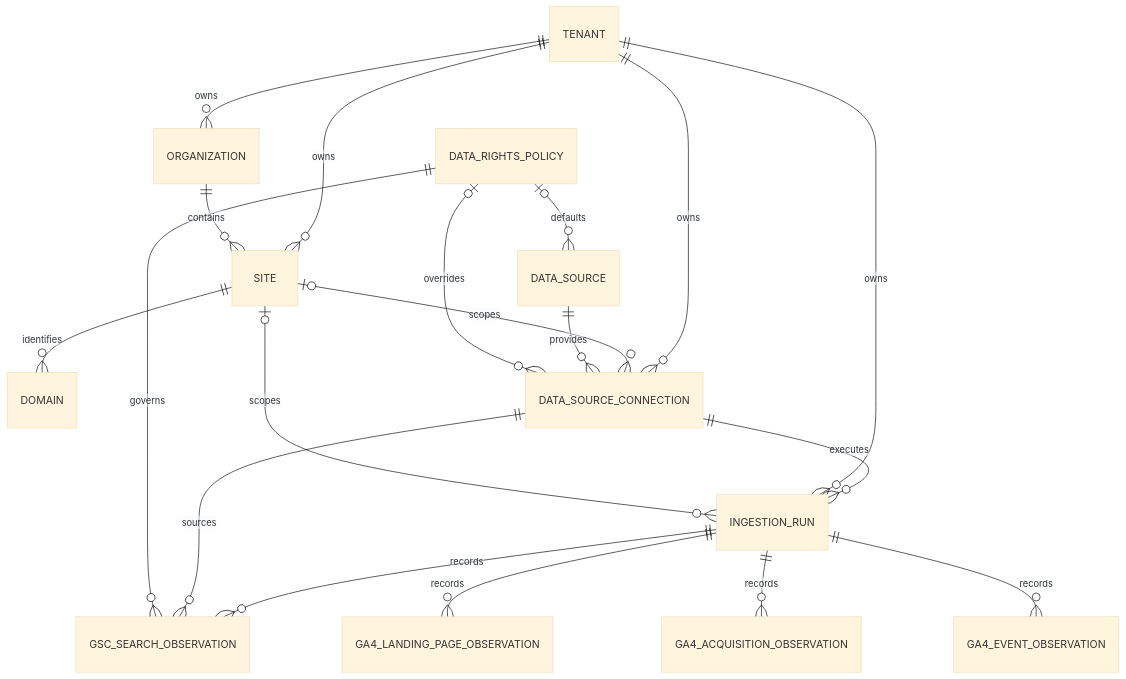
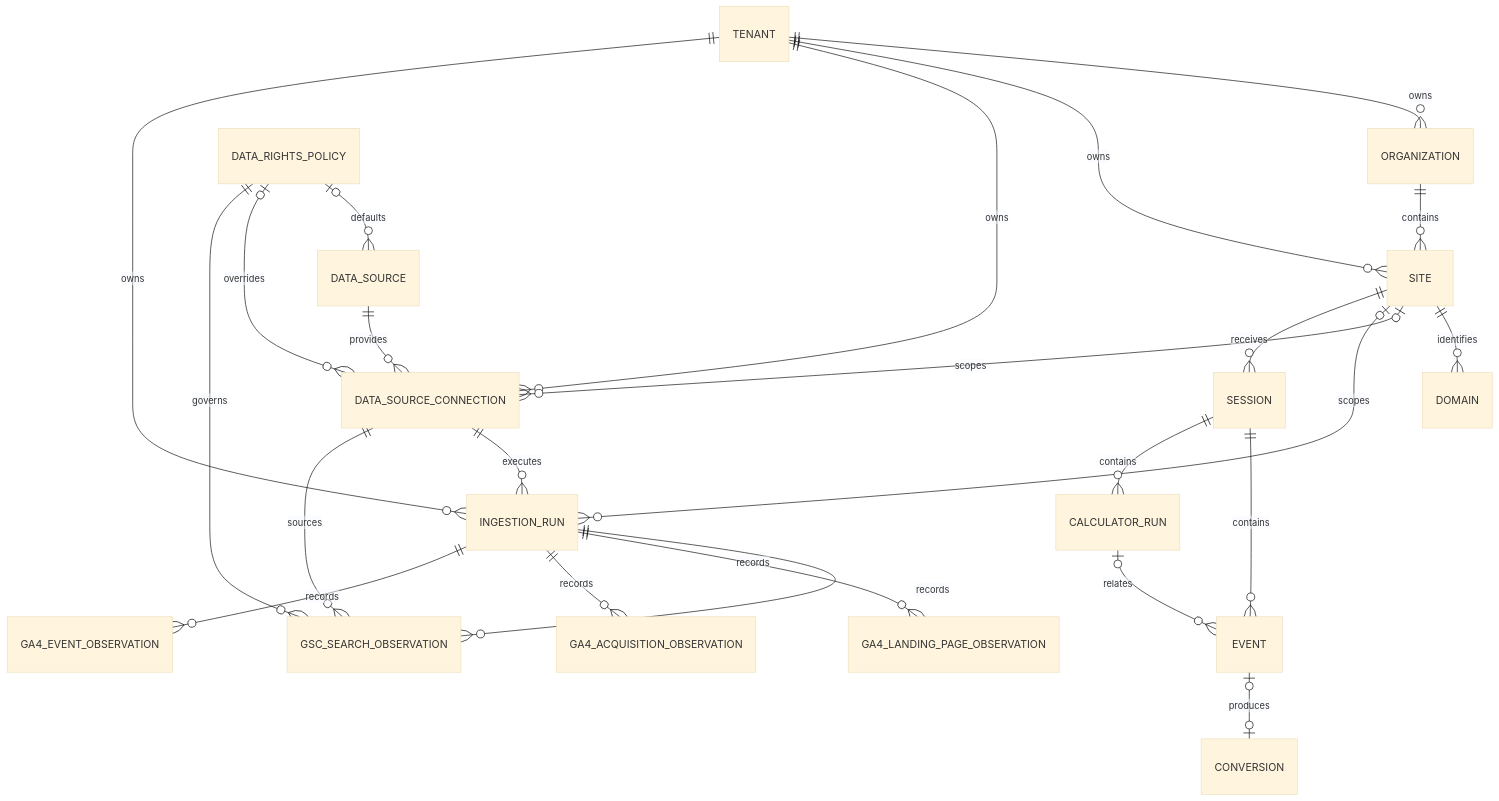
The diagram in docs/gis/data-model.md (plindsey0/GIS), drawn with Mermaid (base theme) before and after one commit. The commit also changed other lines of this file and 18 other files, not shown here.

````diff
--- a/docs/gis/data-model.md
+++ b/docs/gis/data-model.md
@@ -3,21 +3,26 @@
 ```mermaid
 erDiagram
     TENANT ||--o{ ORGANIZATION : owns
     TENANT ||--o{ SITE : owns
     ORGANIZATION ||--o{ SITE : contains
     SITE ||--o{ DOMAIN : identifies
     TENANT ||--o{ DATA_SOURCE_CONNECTION : owns
     SITE o|--o{ DATA_SOURCE_CONNECTION : scopes
     DATA_SOURCE ||--o{ DATA_SOURCE_CONNECTION : provides
     DATA_RIGHTS_POLICY o|--o{ DATA_SOURCE : defaults
     DATA_RIGHTS_POLICY o|--o{ DATA_SOURCE_CONNECTION : overrides
     DATA_SOURCE_CONNECTION ||--o{ INGESTION_RUN : executes
     TENANT ||--o{ INGESTION_RUN : owns
     SITE o|--o{ INGESTION_RUN : scopes
     INGESTION_RUN ||--o{ GSC_SEARCH_OBSERVATION : records
     DATA_SOURCE_CONNECTION ||--o{ GSC_SEARCH_OBSERVATION : sources
     DATA_RIGHTS_POLICY ||--o{ GSC_SEARCH_OBSERVATION : governs
     INGESTION_RUN ||--o{ GA4_LANDING_PAGE_OBSERVATION : records
     INGESTION_RUN ||--o{ GA4_ACQUISITION_OBSERVATION : records
     INGESTION_RUN ||--o{ GA4_EVENT_OBSERVATION : records
+    SITE ||--o{ SESSION : receives
+    SESSION ||--o{ EVENT : contains
+    SESSION ||--o{ CALCULATOR_RUN : contains
+    CALCULATOR_RUN o|--o{ EVENT : relates
+    EVENT o|--o| CONVERSION : produces
 ```
````
